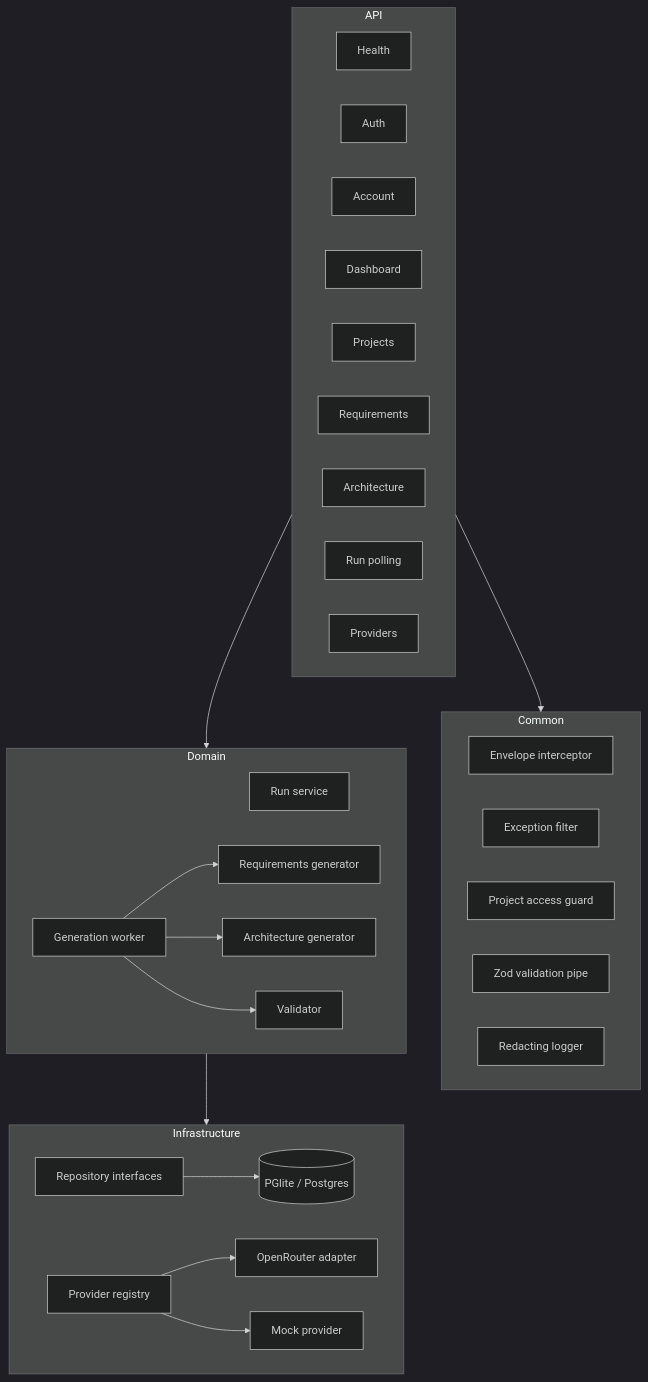
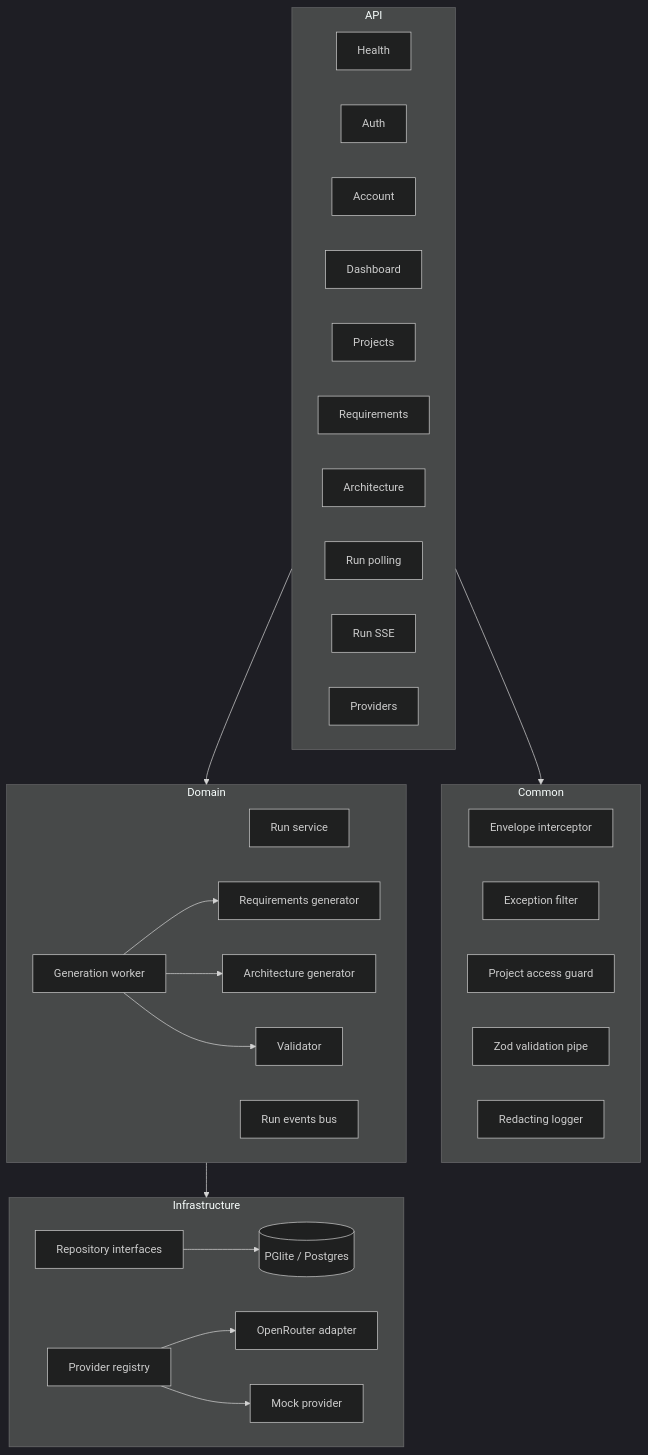
The first of 2 diagrams in backend-server/docs/Architecture.md (yogimait/SDA_SystemDesignForAll), drawn with Mermaid (dark theme) before and after one commit. The commit also changed other lines of this file and 83 other files, not shown here.

````diff
--- a/backend-server/docs/Architecture.md
+++ b/backend-server/docs/Architecture.md
@@ -7,48 +7,50 @@
 ```mermaid
 flowchart TB
   subgraph API
     HC[Health]
     AC[Auth]
     ACC[Account]
     DASH[Dashboard]
     PC[Projects]
     RC[Requirements]
     ARC[Architecture]
     RNC[Run polling]
+    SSE[Run SSE]
     PRC[Providers]
   end
 
   subgraph Common
     ENV[Envelope interceptor]
     ERR[Exception filter]
     GUARD[Project access guard]
     PIPE[Zod validation pipe]
     LOG[Redacting logger]
   end
 
   subgraph Domain
     RS[Run service]
     RQ[Requirements generator]
     AG[Architecture generator]
     AV[Validator]
     WK[Generation worker]
+    RE[Run events bus]
   end
 
   subgraph Infrastructure
     REG[Provider registry]
     OR[OpenRouter adapter]
     MOCK[Mock provider]
     REPO[Repository interfaces]
     DB[(PGlite / Postgres)]
   end
 
   API --> Common
   API --> Domain
   Domain --> Infrastructure
   REPO --> DB
   WK --> RQ
   WK --> AG
   WK --> AV
   REG --> OR
   REG --> MOCK
 ```
````
